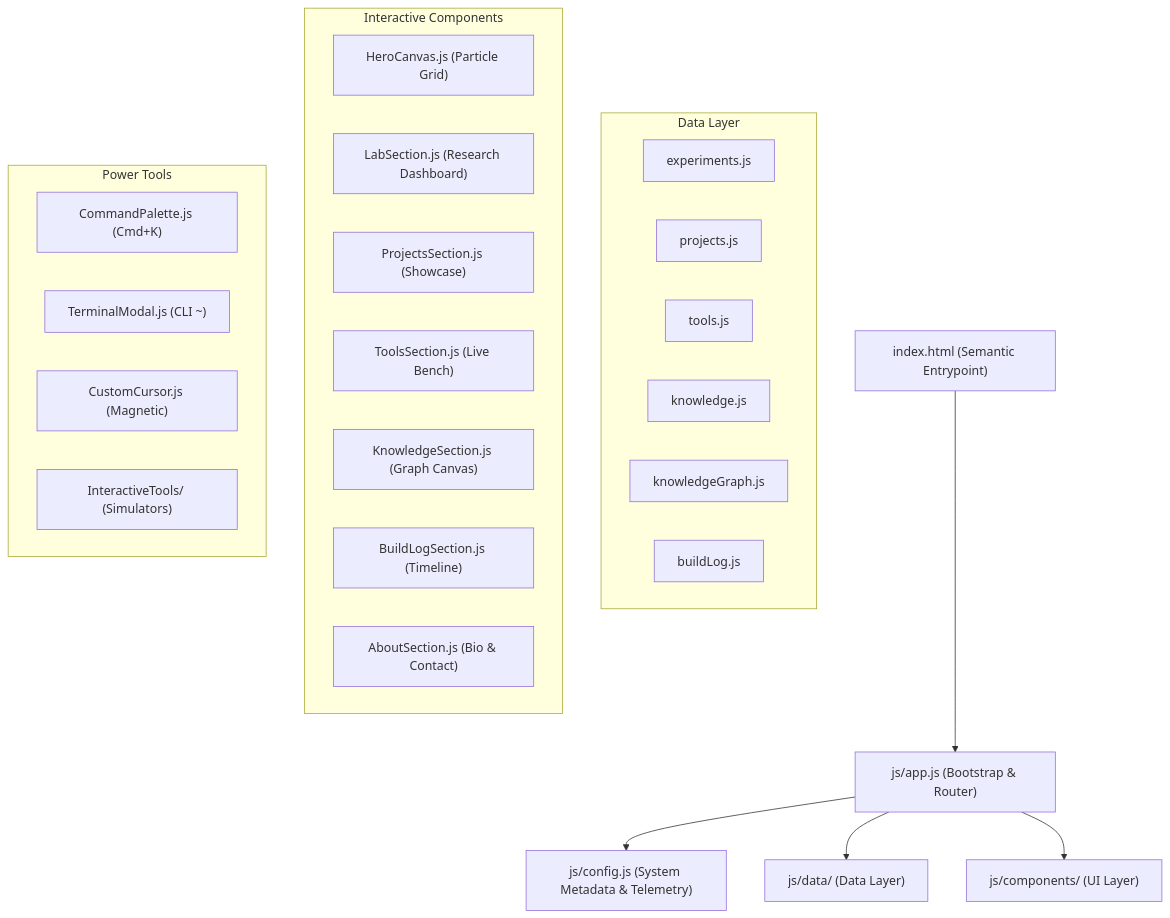
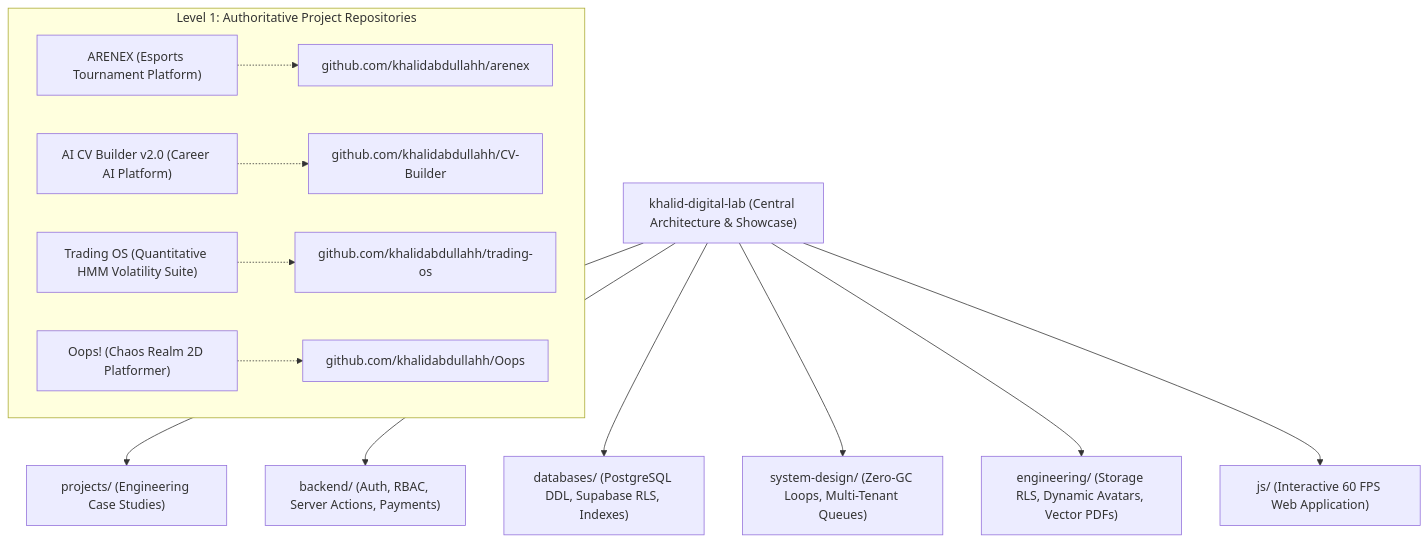
The diagram in AGENTS.md (khalidabdullahh/khalid-digital-lab), drawn with Mermaid before and after one commit. The commit also changed other lines of this file and 34 other files, not shown here.

Commit message:
feat(architecture): establish master two-level portfolio architecture, ARENEX case study & engineering knowledge base

````diff
--- a/AGENTS.md
+++ b/AGENTS.md
@@ -20,33 +18,16 @@
 ```mermaid
 graph TD
-    A["index.html (Semantic Entrypoint)"] --> B["js/app.js (Bootstrap & Router)"]
-    B --> C["js/config.js (System Metadata & Telemetry)"]
-    B --> D["js/data/ (Data Layer)"]
-    B --> E["js/components/ (UI Layer)"]
-    
-    subgraph "Data Layer"
-        D1["experiments.js"]
-        D2["projects.js"]
-        D3["tools.js"]
-        D4["knowledge.js"]
-        D5["knowledgeGraph.js"]
-        D6["buildLog.js"]
-    end
+    A["khalid-digital-lab (Central Architecture & Showcase)"] --> B["projects/ (Engineering Case Studies)"]
+    A --> C["backend/ (Auth, RBAC, Server Actions, Payments)"]
+    A --> D["databases/ (PostgreSQL DDL, Supabase RLS, Indexes)"]
+    A --> E["system-design/ (Zero-GC Loops, Multi-Tenant Queues)"]
+    A --> F["engineering/ (Storage RLS, Dynamic Avatars, Vector PDFs)"]
+    A --> G["js/ (Interactive 60 FPS Web Application)"]
 
-    subgraph "Interactive Components"
-        E1["HeroCanvas.js (Particle Grid)"]
-        E2["LabSection.js (Research Dashboard)"]
-        E3["ProjectsSection.js (Showcase)"]
-        E4["ToolsSection.js (Live Bench)"]
-        E5["KnowledgeSection.js (Graph Canvas)"]
-        E6["BuildLogSection.js (Timeline)"]
-        E7["AboutSection.js (Bio & Contact)"]
-    end
-
-    subgraph "Power Tools"
-        P1["CommandPalette.js (Cmd+K)"]
-        P2["TerminalModal.js (CLI ~)"]
-        P3["CustomCursor.js (Magnetic)"]
-        P4["InteractiveTools/ (Simulators)"]
+    subgraph "Level 1: Authoritative Project Repositories"
+        B1["ARENEX (Esports Tournament Platform)"] -.-> R1["github.com/khalidabdullahh/arenex"]
+        B2["AI CV Builder v2.0 (Career AI Platform)"] -.-> R2["github.com/khalidabdullahh/CV-Builder"]
+        B3["Trading OS (Quantitative HMM Volatility Suite)"] -.-> R3["github.com/khalidabdullahh/trading-os"]
+        B4["Oops! (Chaos Realm 2D Platformer)"] -.-> R4["github.com/khalidabdullahh/Oops"]
     end
 ```
````
